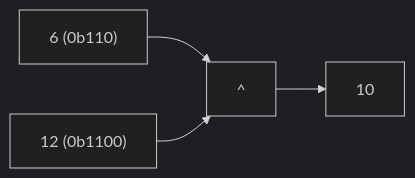
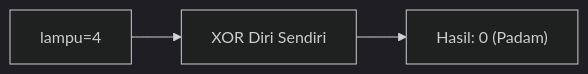
One commit to amnahwaida/OSNK_INF_PREP changed diagram 14 of 25 in part-c-pemahaman-cpp/06-bitwise/latihan/set-07.md. Above: the diagram before and after it, drawn with Mermaid (dark theme). The commit also changed other lines of this file and 71 other files, not shown here.

````diff
--- a/part-c-pemahaman-cpp/06-bitwise/latihan/set-07.md
+++ b/part-c-pemahaman-cpp/06-bitwise/latihan/set-07.md
@@ -365,6 +375,5 @@
 ```mermaid
 graph LR
-A["6 (0b110)"] --> C["^"]
-B["12 (0b1100)"] --> C
-C --> D["10"]
+A["lampu=4"] --> B["XOR Diri Sendiri"]
+B --> C["Hasil: 0 (Padam)"]
 ```
````
